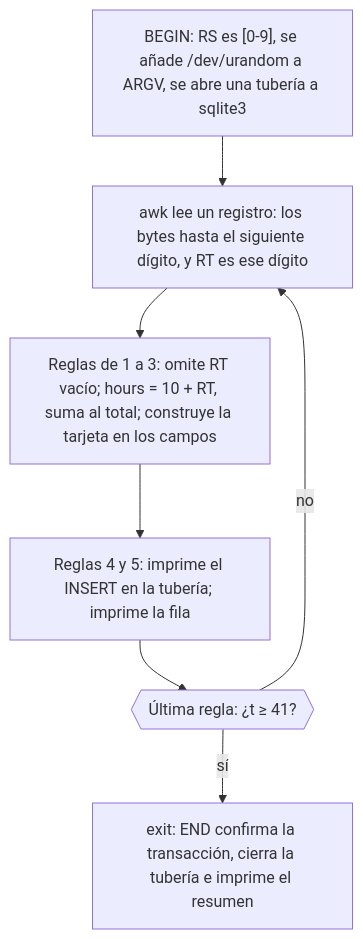
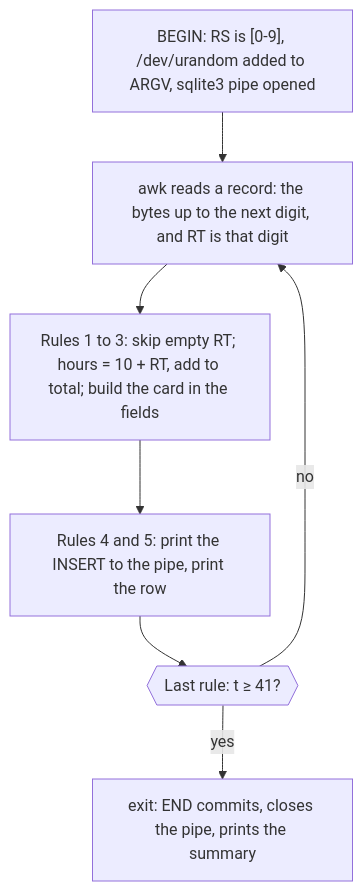
One commit to dullroar/aprende-a-programar-como-un-bicho-raro changed the second of 2 diagrams in lessons/lenguajes/awk.md. Above: the diagram before and after it, drawn with Mermaid. The commit also changed other lines of this file and 14 other files, not shown here.

First line of the commit message:
loop(F2-007-awk-weird): src/awk-weird card categories localized (Reuniones, Programación, Depuración, Aprendizaje); oracle PASS

````diff
--- a/lessons/lenguajes/awk.md
+++ b/lessons/lenguajes/awk.md
@@ -132,11 +132,11 @@
 ```mermaid
 flowchart TD
-    accTitle: awk-weird: el propio bucle de registros de awk sobre /dev/urandom, con una expresión regular como separador de registros
-    accDescr: Un diagrama de flujo. BEGIN establece el separador de registros como la expresión regular de un dígito, añade /dev/urandom como archivo de entrada predeterminado y abre una tubería hacia sqlite3. Luego awk lee un registro, que son los bytes hasta el siguiente dígito, y RT contiene ese dígito. La regla 1 omite un registro con RT vacío. La regla 2 fija las horas en 10 más el dígito y las suma al total. La regla 3 asigna la tarjeta al registro, lo que lo divide de nuevo en campos. Las reglas 4 y 5 imprimen un INSERT en la tubería e imprimen la fila. La última regla sale cuando el total pasa de 40; si no, awk pasa a leer el siguiente registro. Al salir se ejecuta END, que confirma la transacción e imprime el resumen.
-    A["BEGIN: RS es [0-9], se añade /dev/urandom a ARGV, se abre una tubería a sqlite3"] --> B["awk lee un registro: los bytes hasta el siguiente dígito, y RT es ese dígito"]
-    B --> C["Reglas de 1 a 3: omite RT vacío; hours = 10 + RT, suma al total; construye la tarjeta en los campos"]
-    C --> D["Reglas 4 y 5: imprime el INSERT en la tubería; imprime la fila"]
-    D --> E{{"Última regla: ¿t ≥ 41?"}}
+    accTitle: awk-weird: awk's own record loop over /dev/urandom, with a regex as the record separator
+    accDescr: A flowchart. BEGIN sets the record separator to the regular expression for a digit, adds /dev/urandom as the default input file, and opens a pipe to sqlite3. awk then reads a record, which is the bytes up to the next digit, and RT holds that digit. Rule 1 skips a record with an empty RT. Rule 2 sets the hours to 10 plus the digit and adds them to the total. Rule 3 assigns the card to the record, which re-splits it into fields. Rules 4 and 5 print an INSERT to the pipe and print the row. The last rule exits when the total is over 40, and awk goes on to read the next record when it is not. The exit runs END, which commits and prints the summary.
+    A["BEGIN: RS is [0-9], /dev/urandom added to ARGV, sqlite3 pipe opened"] --> B["awk reads a record: the bytes up to the next digit, and RT is that digit"]
+    B --> C["Rules 1 to 3: skip empty RT; hours = 10 + RT, add to total; build the card in the fields"]
+    C --> D["Rules 4 and 5: print the INSERT to the pipe, print the row"]
+    D --> E{{"Last rule: t ≥ 41?"}}
     E -->|no| B
-    E -->|sí| F["exit: END confirma la transacción, cierra la tubería e imprime el resumen"]
+    E -->|yes| F["exit: END commits, closes the pipe, prints the summary"]
 ```
````
